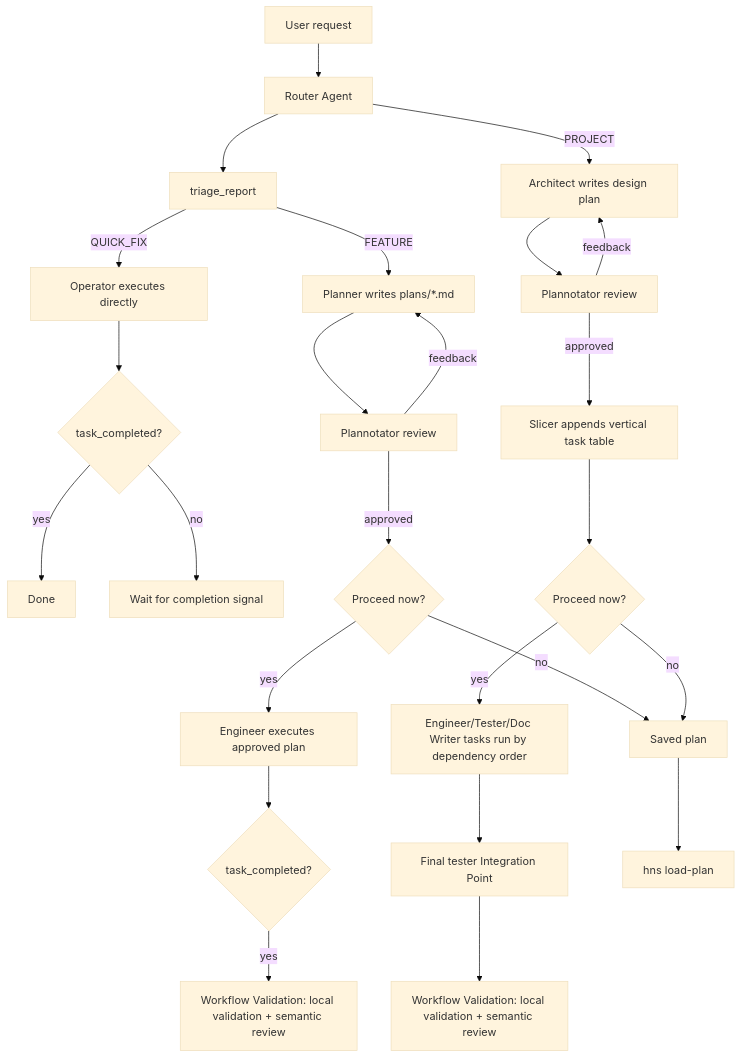
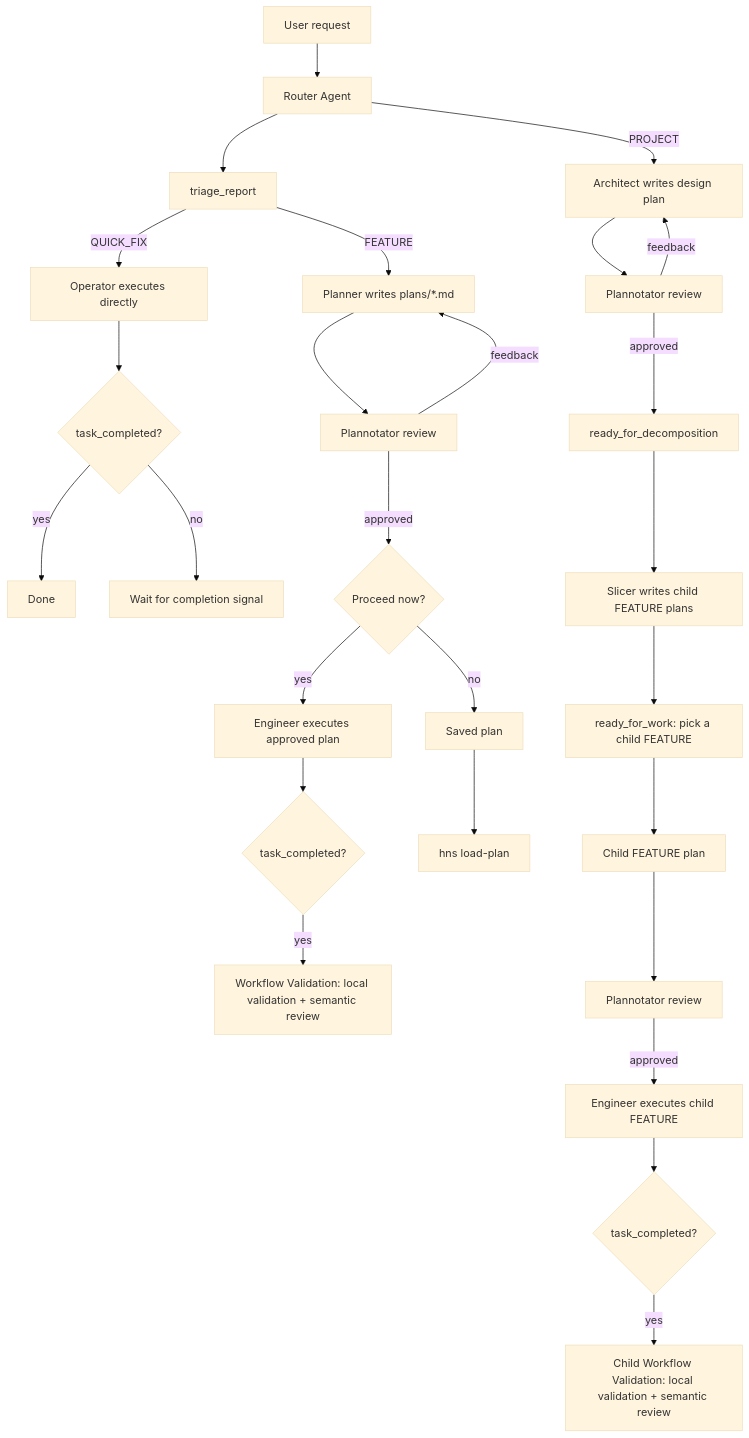
One commit to gandazgul/harns changed the diagram in README.md. Above: the diagram before and after it, drawn with Mermaid (base theme). The commit also changed other lines of this file and 6 other files, not shown here.

````diff
--- a/README.md
+++ b/README.md
@@ -42,31 +43,33 @@
 ```mermaid
 flowchart TD
     U[User request] --> R[Router Agent]
     R --> TR[triage_report]
 
     TR -->|QUICK_FIX| O[Operator executes directly]
     O --> TC1{task_completed?}
     TC1 -->|yes| QD[Done]
     TC1 -->|no| W1[Wait for completion signal]
 
     TR -->|FEATURE| P[Planner writes plans/*.md]
     P --> PR[Plannotator review]
     PR -->|feedback| P
     PR -->|approved| PA{Proceed now?}
     PA -->|yes| E[Engineer executes approved plan]
     PA -->|no| SP[Saved plan]
     E --> TC2{task_completed?}
     TC2 -->|yes| V2[Workflow Validation: local validation + semantic review]
 
     R -->|PROJECT| A[Architect writes design plan]
     A --> PR2[Plannotator review]
     PR2 -->|feedback| A
-    PR2 -->|approved| S[Slicer appends vertical task table]
-    S --> PX{Proceed now?}
-    PX -->|yes| T[Engineer/Tester/Doc Writer tasks run by dependency order]
-    PX -->|no| SP
-    T --> IP[Final tester Integration Point]
-    IP --> V3[Workflow Validation: local validation + semantic review]
+    PR2 -->|approved| RD[ready_for_decomposition]
+    RD --> S[Slicer writes child FEATURE plans]
+    S --> RF[ready_for_work: pick a child FEATURE]
+    RF --> CP[Child FEATURE plan]
+    CP --> PR3[Plannotator review]
+    PR3 -->|approved| CE[Engineer executes child FEATURE]
+    CE --> TC3{task_completed?}
+    TC3 -->|yes| V3[Child Workflow Validation: local validation + semantic review]
 
     SP --> LP[hns load-plan]
 ```
````
